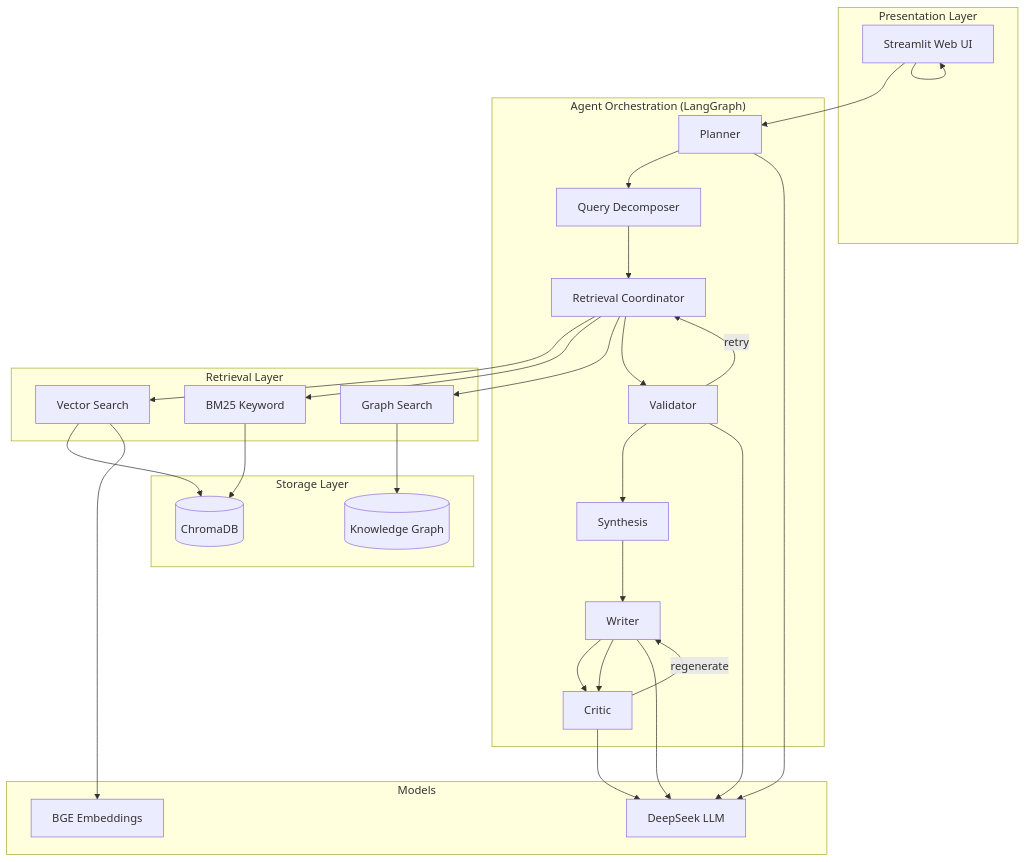
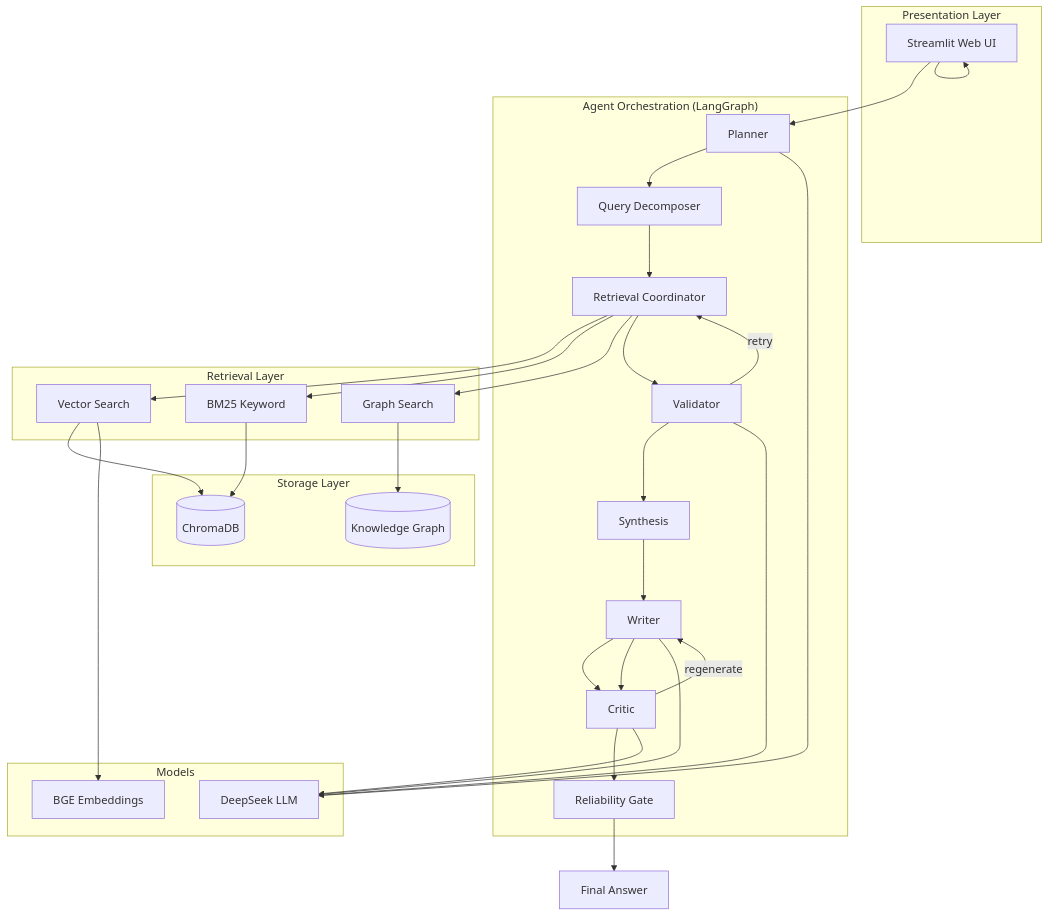
Before and after one commit to SAYURIqvq/newnewnew-rag: the first of 2 diagrams in docs/THESIS_ARCHITECTURE.md, drawn with Mermaid. The commit also changed other lines of this file and 10 other files, not shown here.

````diff
--- a/docs/THESIS_ARCHITECTURE.md
+++ b/docs/THESIS_ARCHITECTURE.md
@@ -9,44 +9,46 @@
 ```mermaid
 flowchart TB
   subgraph UI["Presentation Layer"]
     ST[Streamlit Web UI]
   end
 
   subgraph Orchestration["Agent Orchestration (LangGraph)"]
     P[Planner]
     D[Query Decomposer]
     RC[Retrieval Coordinator]
     V[Validator]
     SY[Synthesis]
     W[Writer]
     CR[Critic]
+    RG[Reliability Gate]
   end
 
   subgraph Retrieval["Retrieval Layer"]
     VS[Vector Search]
     BM[BM25 Keyword]
     GR[Graph Search]
   end
 
   subgraph Storage["Storage Layer"]
     CH[(ChromaDB)]
     KG[(Knowledge Graph)]
   end
 
   subgraph Models["Models"]
     LLM[DeepSeek LLM]
     EMB[BGE Embeddings]
   end
 
   ST --> P --> D --> RC
   RC --> VS & BM & GR
   VS & BM --> CH
   GR --> KG
-  RC --> V --> SY --> W --> CR
+  RC --> V --> SY --> W --> CR --> RG
   W --> CR
   CR -->|regenerate| W
+  RG --> A[Final Answer]
   V -->|retry| RC
   VS --> EMB
   W & P & V & CR --> LLM
   ST --> ST
 ```
````
